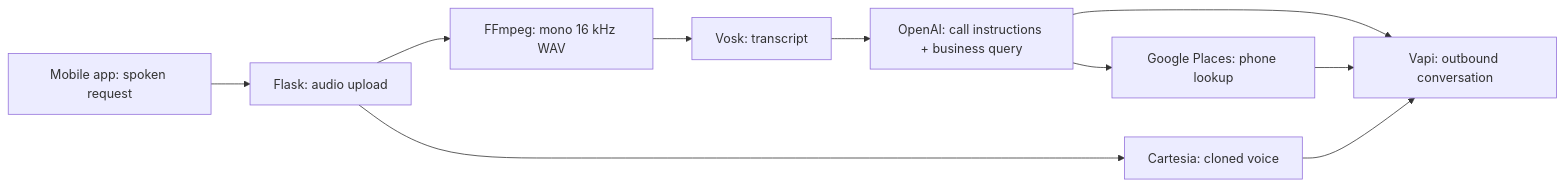
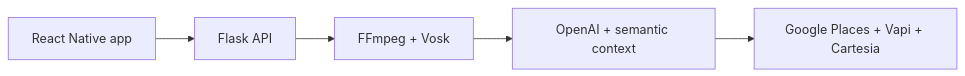
Before and after one commit to Humza1423/Agent-BOB: the diagram in README.md, drawn with Mermaid. The commit also changed other lines of this file, not shown here.

Commit message:
docs: clarify Agent BOB architecture and personalization

````diff
--- a/README.md
+++ b/README.md
@@ -20,12 +19,7 @@
 ```mermaid
 flowchart LR
-    A["Mobile app: spoken request"] --> B["Flask: audio upload"]
-    B --> C["FFmpeg: mono 16 kHz WAV"]
-    C --> D["Vosk: transcript"]
-    D --> E["OpenAI: call instructions + business query"]
-    E --> F["Google Places: phone lookup"]
-    B --> G["Cartesia: cloned voice"]
-    E --> H["Vapi: outbound conversation"]
-    F --> H
-    G --> H
+    A["React Native app"] --> B["Flask API"]
+    B --> C["FFmpeg + Vosk"]
+    C --> D["OpenAI + semantic context"]
+    D --> E["Google Places + Vapi + Cartesia"]
 ```
````
